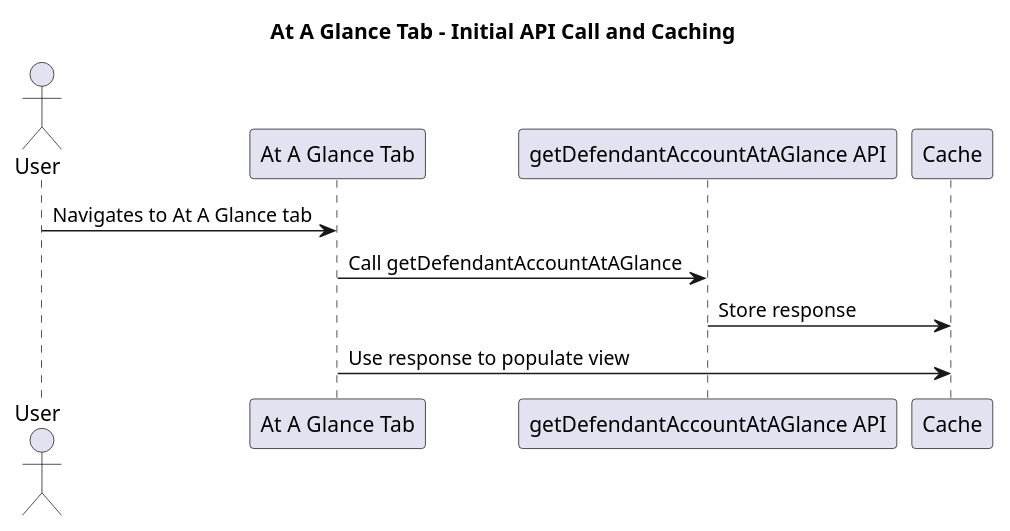
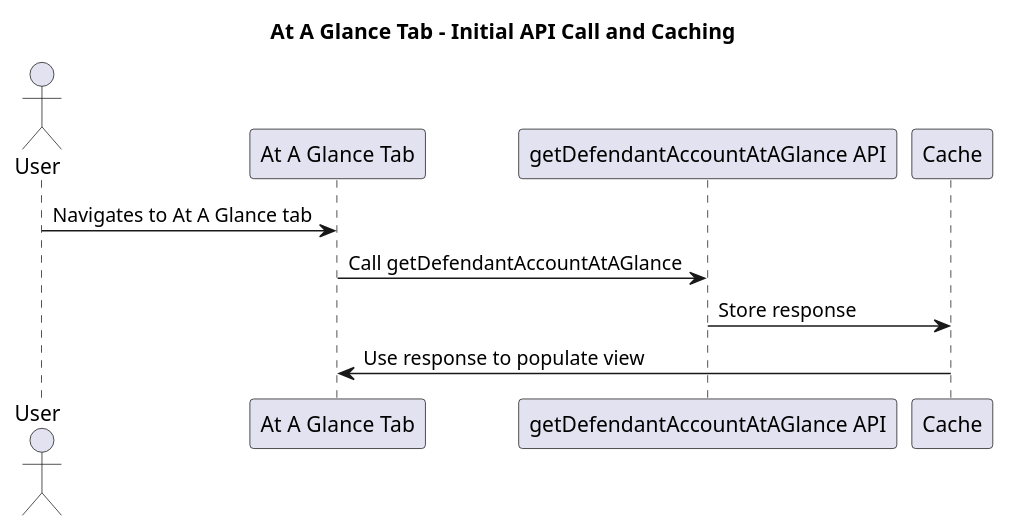
The diagram in plantUML/fae-view-defendant-account-summary/fae-at-a-glance-tab-ui.puml (hmcts/opal-docs), drawn with PlantUML before and after one commit.

Commit message:
Fix direction of response flow in At A Glance Tab diagram

```diff
--- a/plantUML/fae-view-defendant-account-summary/fae-at-a-glance-tab-ui.puml
+++ b/plantUML/fae-view-defendant-account-summary/fae-at-a-glance-tab-ui.puml
@@ -1,15 +1,13 @@
 @startuml
-
 title At A Glance Tab - Initial API Call and Caching
 
 actor User
 participant "At A Glance Tab" as Glance
 participant "getDefendantAccountAtAGlance API" as API
 participant "Cache"
 
 User -> Glance : Navigates to At A Glance tab
 Glance -> API : Call getDefendantAccountAtAGlance
 API -> Cache : Store response
-Glance -> Cache : Use response to populate view
-
+Glance <- Cache : Use response to populate view
 @enduml
```
